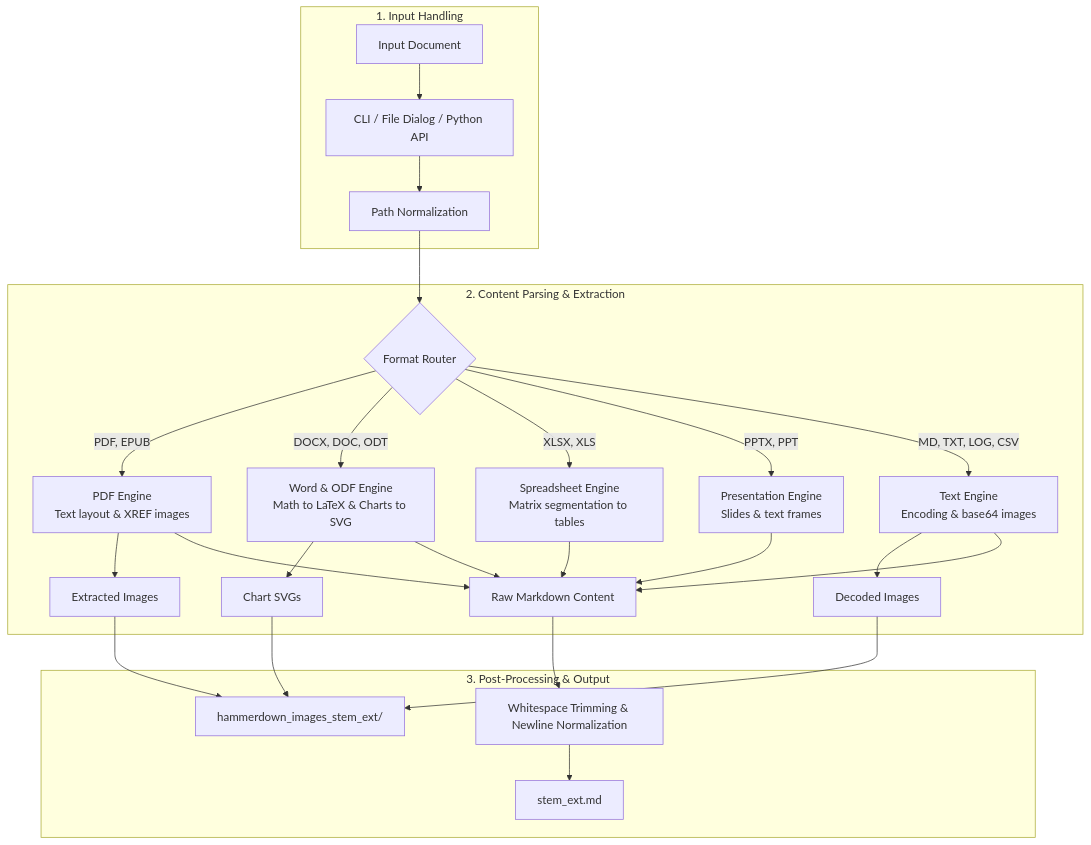
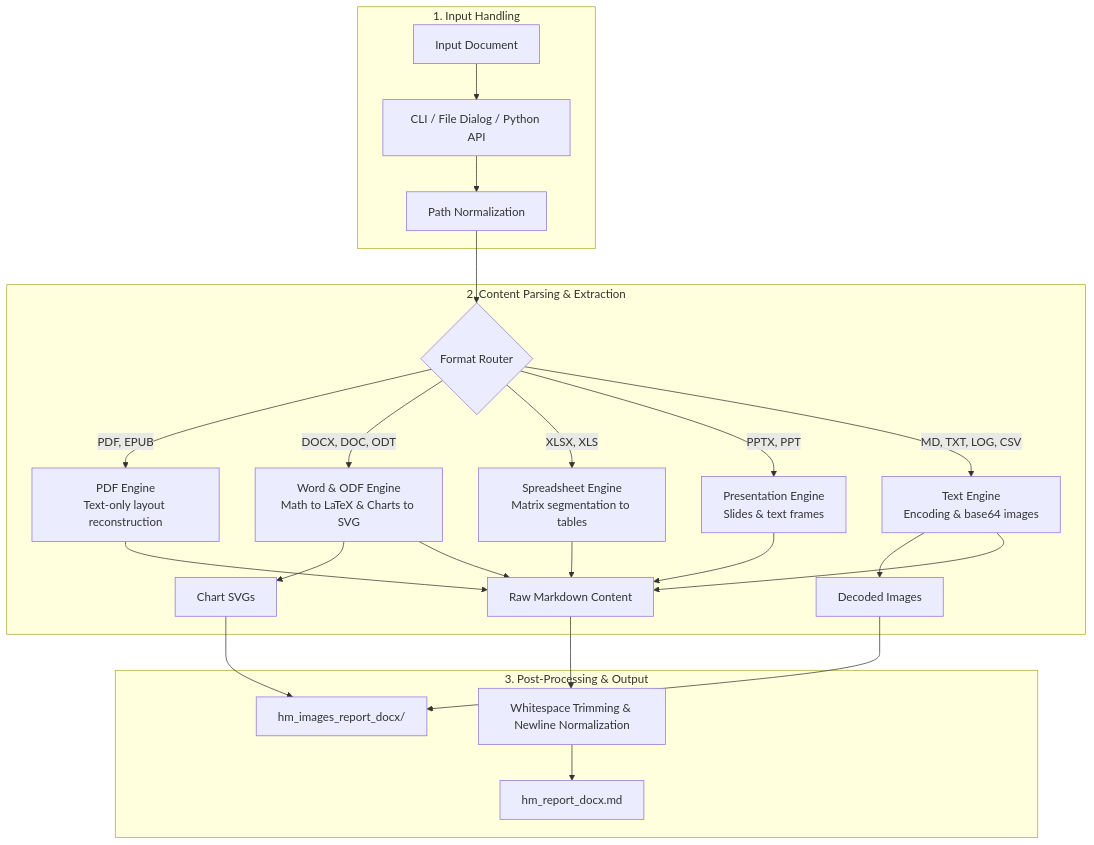
The first of 2 diagrams in docs/ARCHITECTURE.md (sergeypugin/hammerdown), drawn with Mermaid before and after one commit. The commit also changed other lines of this file and 7 other files, not shown here.

````diff
--- a/docs/ARCHITECTURE.md
+++ b/docs/ARCHITECTURE.md
@@ -9,36 +9,34 @@
 ```mermaid
 flowchart TD
     subgraph S1 [1. Input Handling]
         A[Input Document] --> B[CLI / File Dialog / Python API]
         B --> C[Path Normalization]
     end
 
     subgraph S2 [2. Content Parsing & Extraction]
         C --> D{Format Router}
 
-        D -->|PDF, EPUB| P_PDF[PDF Engine<br>Text layout & XREF images]
+        D -->|PDF, EPUB| P_PDF[PDF Engine<br>Text-only layout reconstruction]
         D -->|DOCX, DOC, ODT| P_DOC[Word & ODF Engine<br>Math to LaTeX & Charts to SVG]
         D -->|XLSX, XLS| P_SHEET[Spreadsheet Engine<br>Matrix segmentation to tables]
         D -->|PPTX, PPT| P_PPT[Presentation Engine<br>Slides & text frames]
         D -->|MD, TXT, LOG, CSV| P_TXT[Text Engine<br>Encoding & base64 images]
 
-        P_PDF --> IMG[Extracted Images]
         P_DOC --> SVG[Chart SVGs]
         P_TXT --> B64[Decoded Images]
 
         P_PDF --> MD_RAW[Raw Markdown Content]
         P_DOC --> MD_RAW
         P_SHEET --> MD_RAW
         P_PPT --> MD_RAW
         P_TXT --> MD_RAW
     end
 
     subgraph S3 [3. Post-Processing & Output]
-        IMG --> ASSETS[hammerdown_images_stem_ext/]
-        SVG --> ASSETS
+        SVG --> ASSETS["hm_images_report_docx/"]
         B64 --> ASSETS
 
         MD_RAW --> CLEAN[Whitespace Trimming & Newline Normalization]
-        CLEAN --> OUT_FILE[stem_ext.md]
+        CLEAN --> OUT_FILE["hm_report_docx.md"]
     end
 ```
````
